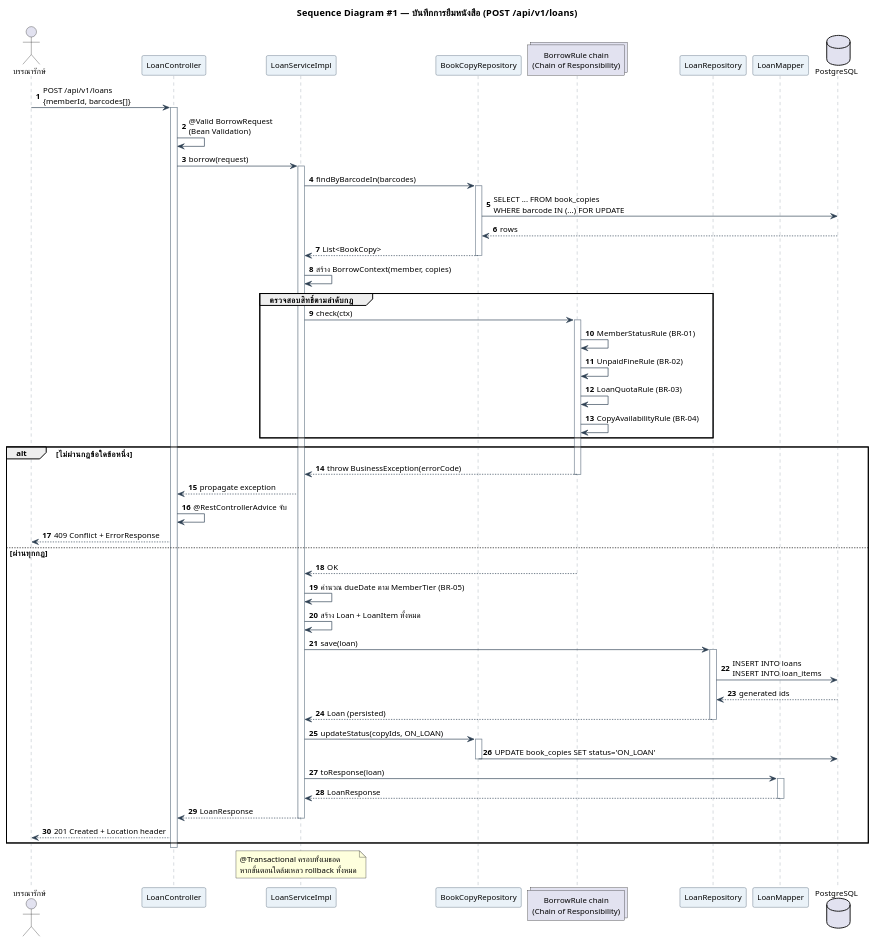
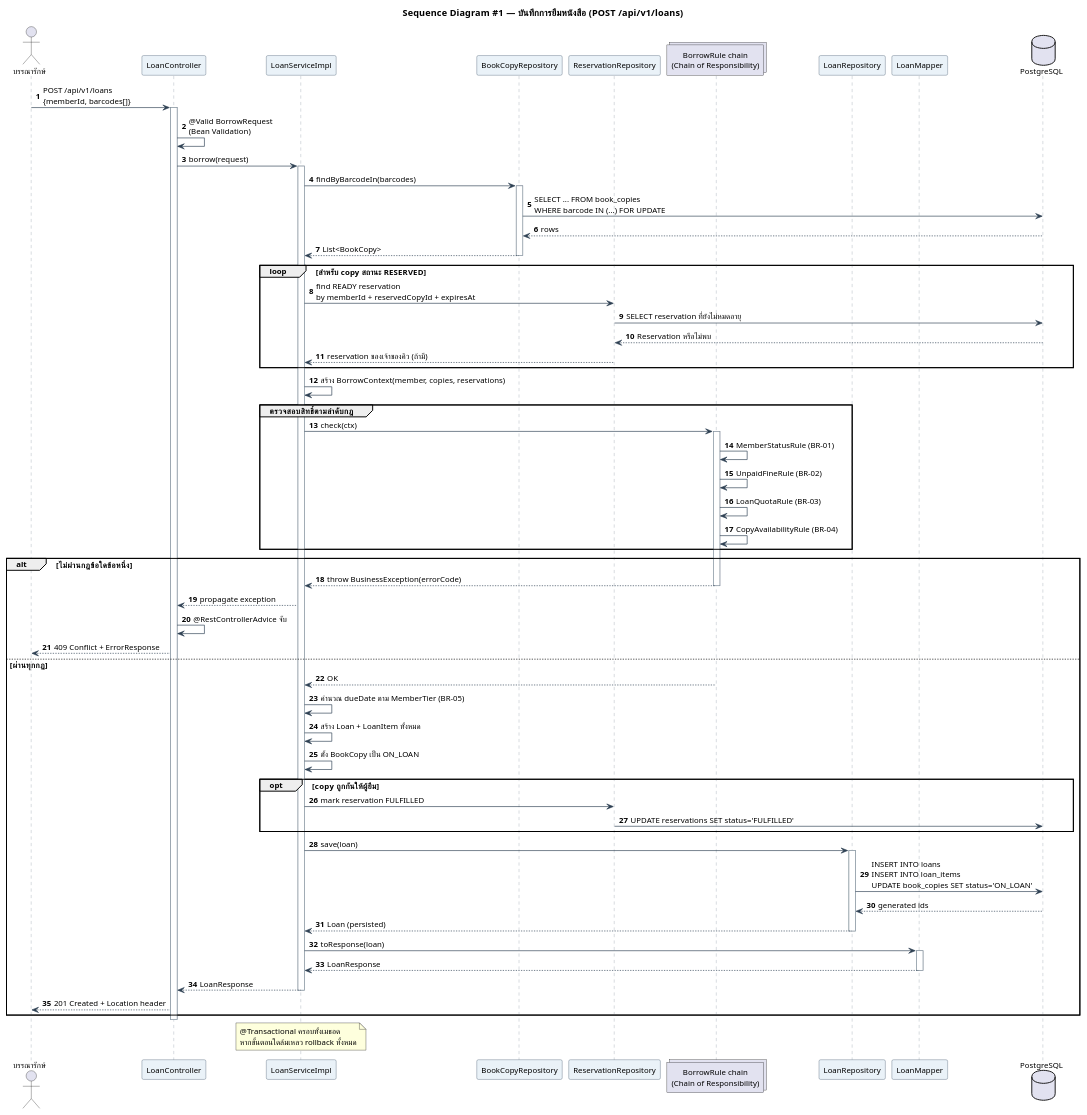
Before and after one commit to boatrocl/library_book_management: the diagram in doc/diagrams/05-sequence-borrow.puml, drawn with PlantUML. The commit also changed 104 other files, not shown here.

```diff
--- a/doc/diagrams/05-sequence-borrow.puml
+++ b/doc/diagrams/05-sequence-borrow.puml
@@ -1,86 +1,94 @@
 @startuml 05-sequence-borrow
 title Sequence Diagram #1 — บันทึกการยืมหนังสือ (POST /api/v1/loans)
 
 skinparam defaultFontName "Tahoma"
 skinparam defaultFontSize 12
 skinparam shadowing false
 skinparam sequence {
   ArrowColor #2E4053
   LifeLineBorderColor #85929E
   ParticipantBorderColor #34495E
   ParticipantBackgroundColor #EAF2F8
 }
 autonumber
 
 actor "บรรณารักษ์" as LIB
 participant "LoanController" as C
 participant "LoanServiceImpl" as S
 participant "BookCopyRepository" as CR
+participant "ReservationRepository" as RR
 collections "BorrowRule chain\n(Chain of Responsibility)" as R
 participant "LoanRepository" as LR
 participant "LoanMapper" as M
 database "PostgreSQL" as DB
 
 LIB -> C : POST /api/v1/loans\n{memberId, barcodes[]}
 activate C
 C -> C : @Valid BorrowRequest\n(Bean Validation)
 C -> S : borrow(request)
 activate S
 
 S -> CR : findByBarcodeIn(barcodes)
 activate CR
 CR -> DB : SELECT ... FROM book_copies\nWHERE barcode IN (...) FOR UPDATE
 DB --> CR : rows
 CR --> S : List<BookCopy>
 deactivate CR
 
-S -> S : สร้าง BorrowContext(member, copies)
+loop สำหรับ copy สถานะ RESERVED
+  S -> RR : find READY reservation\nby memberId + reservedCopyId + expiresAt
+  RR -> DB : SELECT reservation ที่ยังไม่หมดอายุ
+  DB --> RR : Reservation หรือไม่พบ
+  RR --> S : reservation ของเจ้าของคิว (ถ้ามี)
+end
+
+S -> S : สร้าง BorrowContext(member, copies, reservations)
 
 group ตรวจสอบสิทธิ์ตามลำดับกฎ
   S -> R : check(ctx)
   activate R
   R -> R : MemberStatusRule (BR-01)
   R -> R : UnpaidFineRule (BR-02)
   R -> R : LoanQuotaRule (BR-03)
   R -> R : CopyAvailabilityRule (BR-04)
 end
 
 alt ไม่ผ่านกฎข้อใดข้อหนึ่ง
   R --> S : throw BusinessException(errorCode)
   deactivate R
   S --> C : propagate exception
   C -> C : @RestControllerAdvice จับ
   C --> LIB : 409 Conflict + ErrorResponse
 else ผ่านทุกกฎ
   R --> S : OK
   S -> S : คำนวณ dueDate ตาม MemberTier (BR-05)
   S -> S : สร้าง Loan + LoanItem ทั้งหมด
+  S -> S : ตั้ง BookCopy เป็น ON_LOAN
+  opt copy ถูกกันให้ผู้ยืม
+    S -> RR : mark reservation FULFILLED
+    RR -> DB : UPDATE reservations SET status='FULFILLED'
+  end
   S -> LR : save(loan)
   activate LR
-  LR -> DB : INSERT INTO loans\nINSERT INTO loan_items
+  LR -> DB : INSERT INTO loans\nINSERT INTO loan_items\nUPDATE book_copies SET status='ON_LOAN'
   DB --> LR : generated ids
   LR --> S : Loan (persisted)
   deactivate LR
-
-  S -> CR : updateStatus(copyIds, ON_LOAN)
-  activate CR
-  CR -> DB : UPDATE book_copies SET status='ON_LOAN'
-  deactivate CR
 
   S -> M : toResponse(loan)
   activate M
   M --> S : LoanResponse
   deactivate M
 
   S --> C : LoanResponse
   deactivate S
   C --> LIB : 201 Created + Location header
 end
 deactivate C
 
 note over S
   @Transactional ครอบทั้งเมธอด
   หากขั้นตอนใดล้มเหลว rollback ทั้งหมด
 end note
 
 @enduml
```
